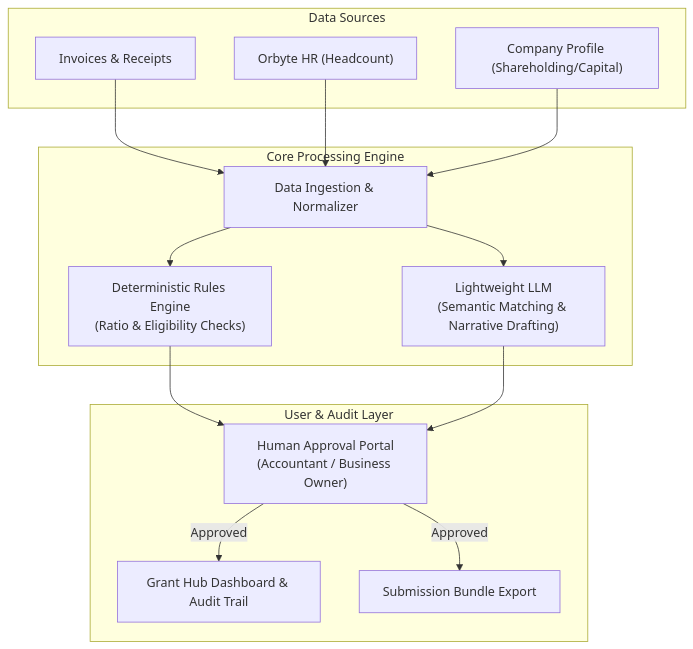
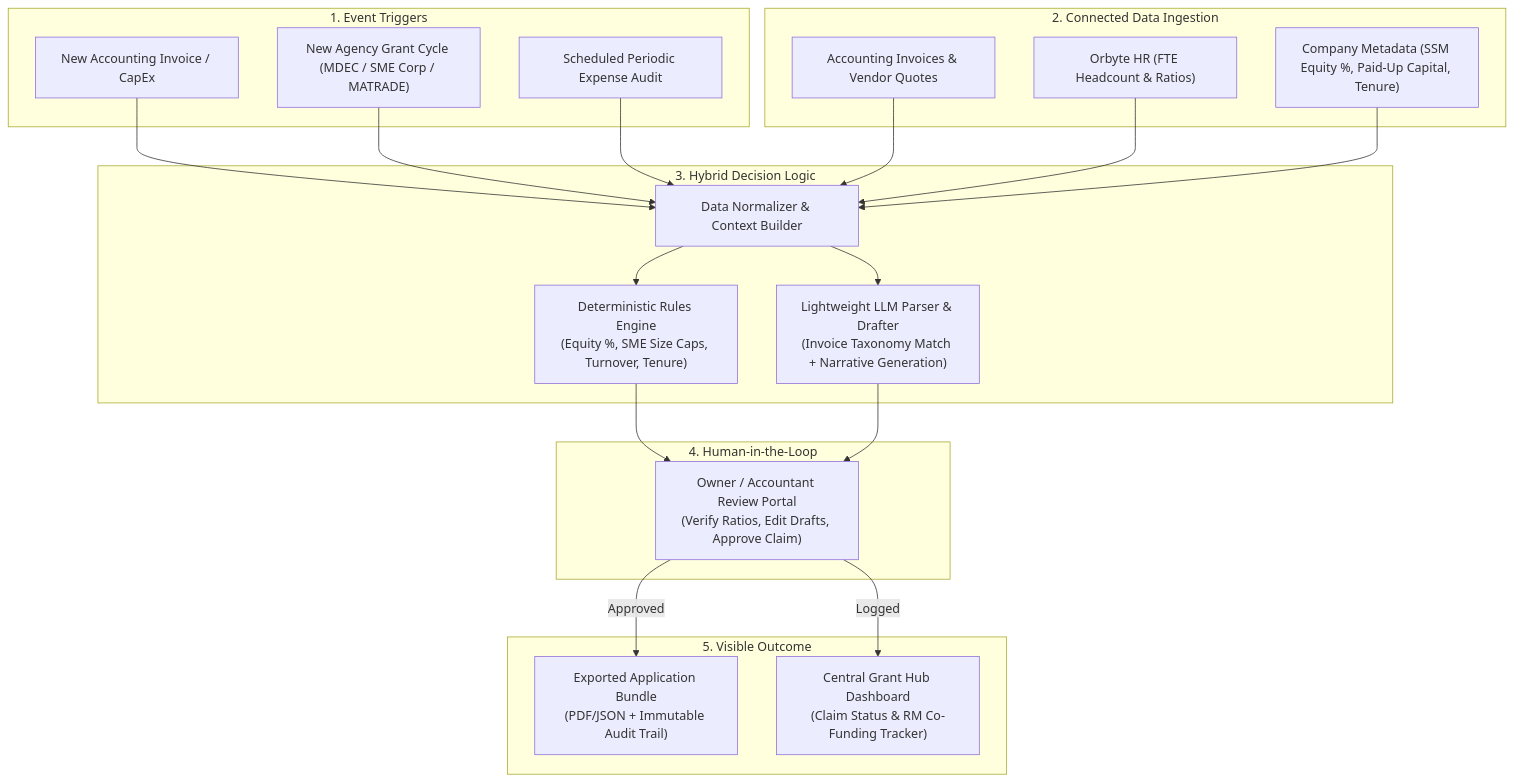
Before and after one commit to JV-GG/SDCHACK: the second of 2 diagrams in README.md, drawn with Mermaid. The commit also changed other lines of this file, not shown here.

Commit message:
docs: add Problem Statement #9 analysis and Malaysian grant matrix (MDEC, SME Corp, MATRADE)

````diff
--- a/README.md
+++ b/README.md
@@ -57,33 +79,38 @@
 ```mermaid
 graph TD
-    subgraph Data Sources
-        INV["Invoices & Receipts"]
-        HR["Orbyte HR (Headcount)"]
-        CORP["Company Profile (Shareholding/Capital)"]
+    subgraph Triggers ["1. Event Triggers"]
+        T1["New Accounting Invoice / CapEx"]
+        T2["New Agency Grant Cycle (MDEC / SME Corp / MATRADE)"]
+        T3["Scheduled Periodic Expense Audit"]
     end
 
-    subgraph Core Processing Engine
-        ING["Data Ingestion & Normalizer"]
-        RE["Deterministic Rules Engine\n(Ratio & Eligibility Checks)"]
-        LLM["Lightweight LLM\n(Semantic Matching & Narrative Drafting)"]
+    subgraph Sources ["2. Connected Data Ingestion"]
+        INV["Accounting Invoices & Vendor Quotes"]
+        HR["Orbyte HR (FTE Headcount & Ratios)"]
+        CORP["Company Metadata (SSM Equity %, Paid-Up Capital, Tenure)"]
     end
 
-    subgraph User & Audit Layer
-        REV["Human Approval Portal\n(Accountant / Business Owner)"]
-        DASH["Grant Hub Dashboard & Audit Trail"]
-        EXP["Submission Bundle Export"]
+    subgraph Engine ["3. Hybrid Decision Logic"]
+        NORM["Data Normalizer & Context Builder"]
+        RE["Deterministic Rules Engine\n(Equity %, SME Size Caps, Turnover, Tenure)"]
+        LLM["Lightweight LLM Parser & Drafter\n(Invoice Taxonomy Match + Narrative Generation)"]
     end
 
-    INV --> ING
-    HR --> ING
-    CORP --> ING
+    subgraph Approval ["4. Human-in-the-Loop"]
+        REV["Owner / Accountant Review Portal\n(Verify Ratios, Edit Drafts, Approve Claim)"]
+    end
 
-    ING --> RE
-    ING --> LLM
+    subgraph Outcome ["5. Visible Outcome"]
+        EXP["Exported Application Bundle\n(PDF/JSON + Immutable Audit Trail)"]
+        DASH["Central Grant Hub Dashboard\n(Claim Status & RM Co-Funding Tracker)"]
+    end
 
+    T1 & T2 & T3 --> NORM
+    INV & HR & CORP --> NORM
+    NORM --> RE
+    NORM --> LLM
     RE --> REV
     LLM --> REV
-
-    REV -->|Approved| DASH
     REV -->|Approved| EXP
+    REV -->|Logged| DASH
 ```
````
